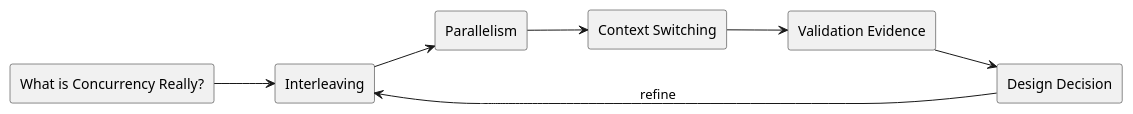
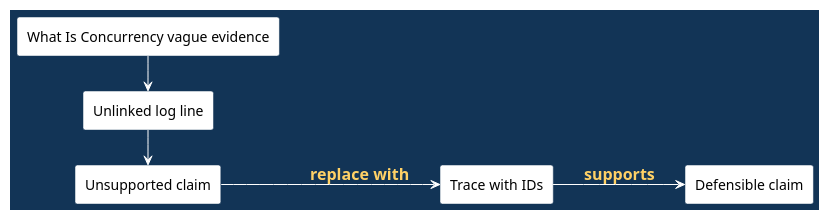
Diagram 16 of 21 in doc/lectures/week3/what_is_concurrency/README.slides.adoc (madajaju/CS5254), drawn with PlantUML before and after one commit. The commit also changed other lines of this file and 21 other files, not shown here.

```diff
--- a/doc/lectures/week3/what_is_concurrency/README.slides.adoc
+++ b/doc/lectures/week3/what_is_concurrency/README.slides.adoc
@@ -62,22 +1080,62 @@
-[plantuml, target=architecture_view, format=svg, width=80%]
+[plantuml, target=what_is_concurrency_16_failure_modes_continu, format=svg, width=100%]
 ----
 @startuml
-skinparam monochrome true
+skinparam BackgroundColor #123456
+skinparam DefaultFontColor white
+skinparam ArrowColor white
+skinparam ArrowFontColor #ffd166
+skinparam ArrowFontStyle bold
+skinparam ArrowFontSize 16
+skinparam ActorBorderColor #123456
+skinparam ActorFontColor white
+skinparam participant {
+  BackgroundColor white
+  BorderColor #123456
+  FontColor black
+}
+skinparam sequence {
+  LifeLineBorderColor white
+  LifeLineBackgroundColor white
+  ParticipantBorderColor #123456
+  ParticipantBackgroundColor white
+  ParticipantFontColor black
+}
+skinparam rectangle {
+  BackgroundColor white
+  BorderColor #123456
+  FontColor black
+}
+skinparam database {
+  BackgroundColor white
+  BorderColor #123456
+  FontColor black
+}
+skinparam state {
+  BackgroundColor white
+  BorderColor #123456
+  FontColor black
+}
+skinparam activity {
+  BackgroundColor white
+  BorderColor #123456
+  FontColor black
+}
+skinparam note {
+  BackgroundColor white
+  BorderColor #123456
+  FontColor black
+}
 skinparam shadowing false
 left to right direction
 
-rectangle "What is Concurrency Really?" as Topic
-rectangle "Interleaving" as A
-rectangle "Parallelism" as B
-rectangle "Context Switching" as C
-rectangle "Validation Evidence" as V
-rectangle "Design Decision" as D
-
-Topic --> A
-A --> B
-B --> C
-C --> V
-V --> D
-D --> A : refine
+rectangle "What Is Concurrency vague evidence" as V
+rectangle "Unlinked log line" as L
+rectangle "Unsupported claim" as C
+rectangle "Trace with IDs" as T
+rectangle "Defensible claim" as D
+V -> L
+L -> C
+C --> T : replace with
+T --> D : supports
 @enduml
 ----
```
